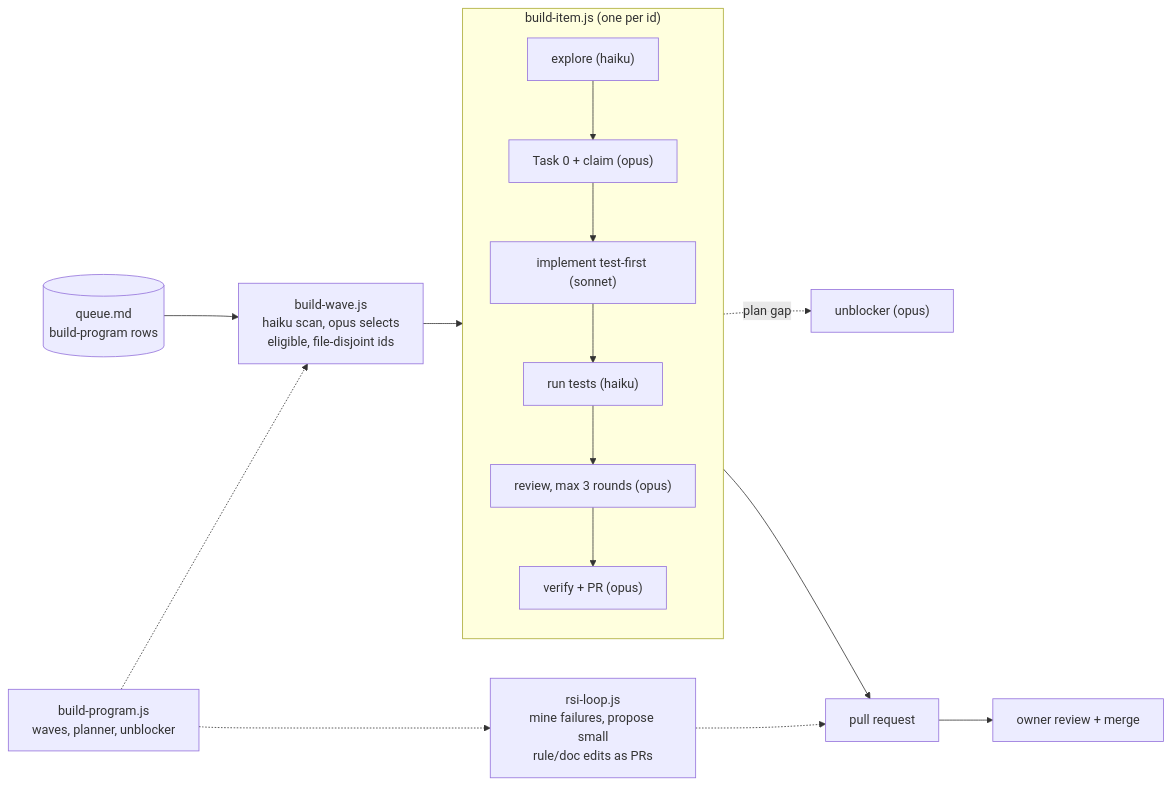
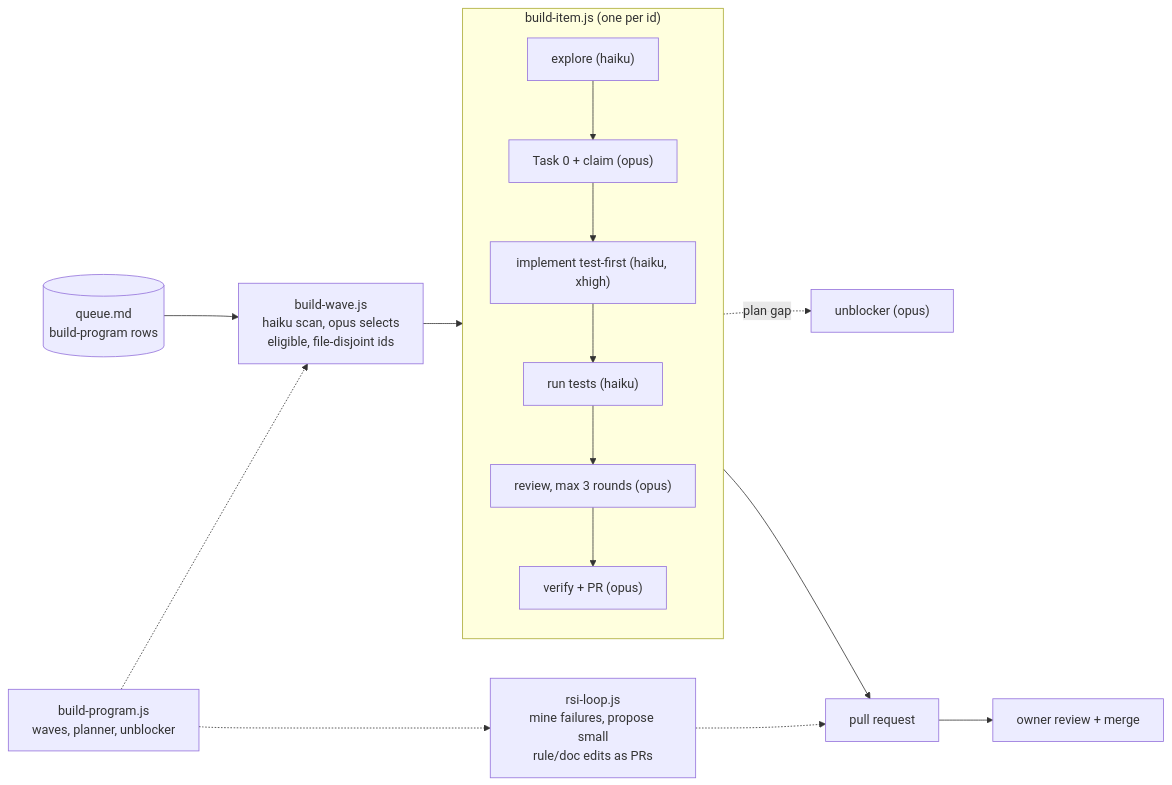
Before and after one commit to BrooklynD23/HealthCentral: the fourth of 4 diagrams in README.md, drawn with Mermaid. The commit also changed 2 other files, not shown here.

Commit message:
chore: route live docs from Sonnet 5.5 to Haiku 5.5 xhigh
Owner instruction (2026-10-24): never use Sonnet 5.5; Haiku 5.5 at effort
xhigh replaces it. Updates the live routing text only: the L2 implementer
row, the model policy and nesting note in docs/agentic/orchestration.md,
the build-item diagram label in README.md, and the L2 implementer clause in
docs/capstone-report/implementation-program.md. Historical records unchanged.

````diff
--- a/README.md
+++ b/README.md
@@ -146,19 +146,19 @@
 ```mermaid
 flowchart LR
     Q[("queue.md<br/>build-program rows")] --> WAVE["build-wave.js<br/>haiku scan, opus selects<br/>eligible, file-disjoint ids"]
     WAVE --> ITEM
     subgraph ITEM["build-item.js (one per id)"]
         direction TB
         E["explore (haiku)"] --> T0["Task 0 + claim (opus)"]
-        T0 --> IMP["implement test-first (sonnet)"]
+        T0 --> IMP["implement test-first (haiku, xhigh)"]
         IMP --> TST["run tests (haiku)"]
         TST --> REV["review, max 3 rounds (opus)"]
         REV --> VER["verify + PR (opus)"]
     end
     T0 -.->|"plan gap"| UNB["unblocker (opus)"]
     VER --> PR["pull request"]
     PR --> OWN["owner review + merge"]
     PRG["build-program.js<br/>waves, planner, unblocker"] -.-> WAVE
     PRG -.-> RSI["rsi-loop.js<br/>mine failures, propose small<br/>rule/doc edits as PRs"]
     RSI -.-> PR
 ```
````
